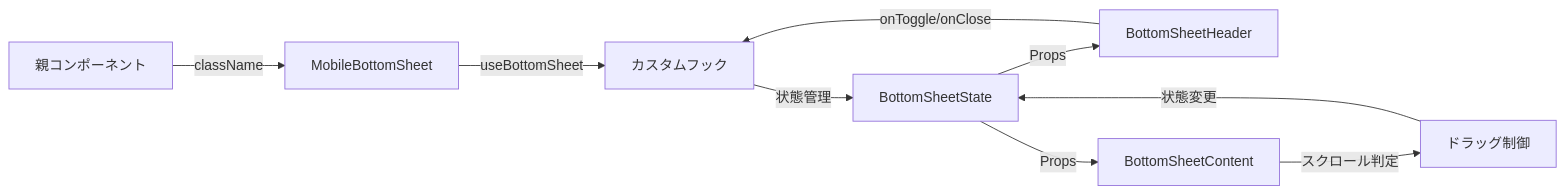
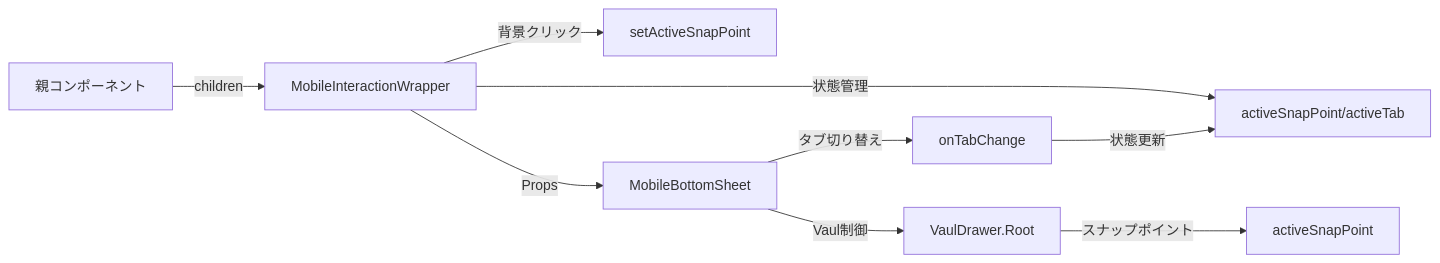
The second of 2 diagrams in src/components/layouts/MobileBottomSheet/README.md (endo-ava/music-theory-app), drawn with Mermaid before and after one commit. The commit also changed other lines of this file and 11 other files, not shown here.

First line of the commit message:
refactor: replace MobileBottomSheet with Vaul-based implementation

````diff
--- a/src/components/layouts/MobileBottomSheet/README.md
+++ b/src/components/layouts/MobileBottomSheet/README.md
@@ -61,11 +67,11 @@
 ```mermaid
 flowchart LR
-    A[親コンポーネント] -->|className| B[MobileBottomSheet]
-    B -->|useBottomSheet| C[カスタムフック]
-    C -->|状態管理| D[BottomSheetState]
-    D -->|Props| E[BottomSheetHeader]
-    D -->|Props| F[BottomSheetContent]
-    E -->|onToggle/onClose| C
-    F -->|スクロール判定| G[ドラッグ制御]
-    G -->|状態変更| D
+    A[親コンポーネント] -->|children| B[MobileInteractionWrapper]
+    B -->|状態管理| C[activeSnapPoint/activeTab]
+    B -->|背景クリック| D[setActiveSnapPoint]
+    B -->|Props| E[MobileBottomSheet]
+    E -->|Vaul制御| F[VaulDrawer.Root]
+    E -->|タブ切り替え| G[onTabChange]
+    F -->|スナップポイント| H[activeSnapPoint]
+    G -->|状態更新| C
 ```
````
